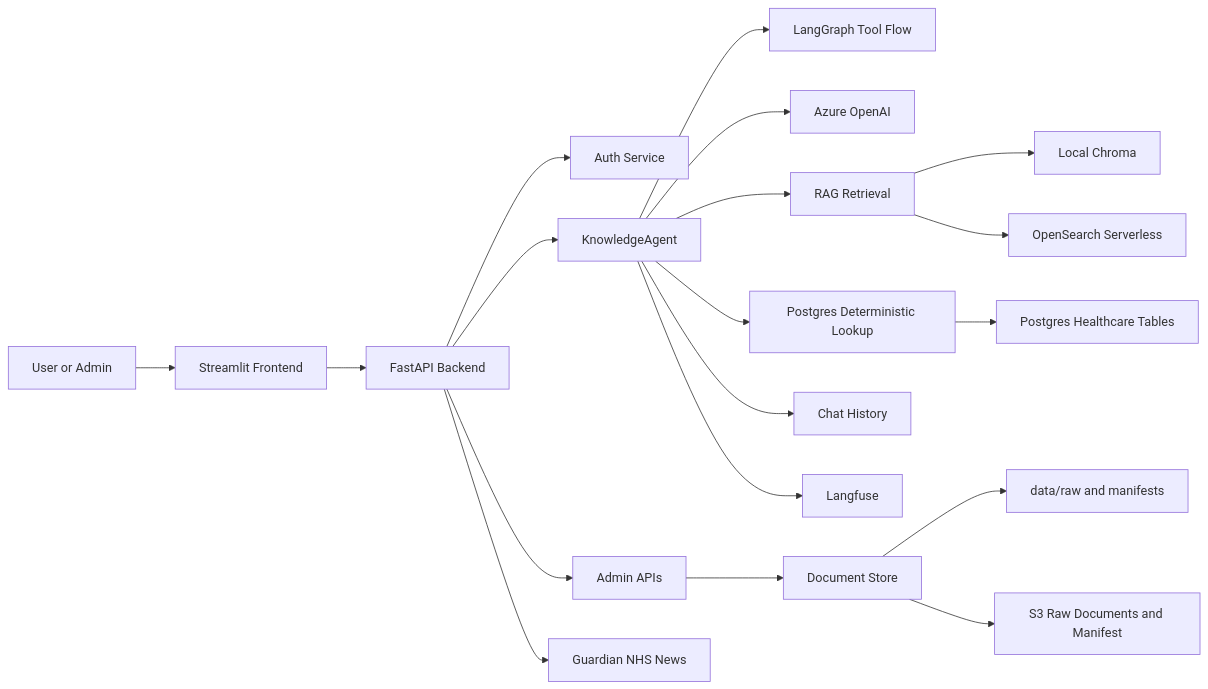
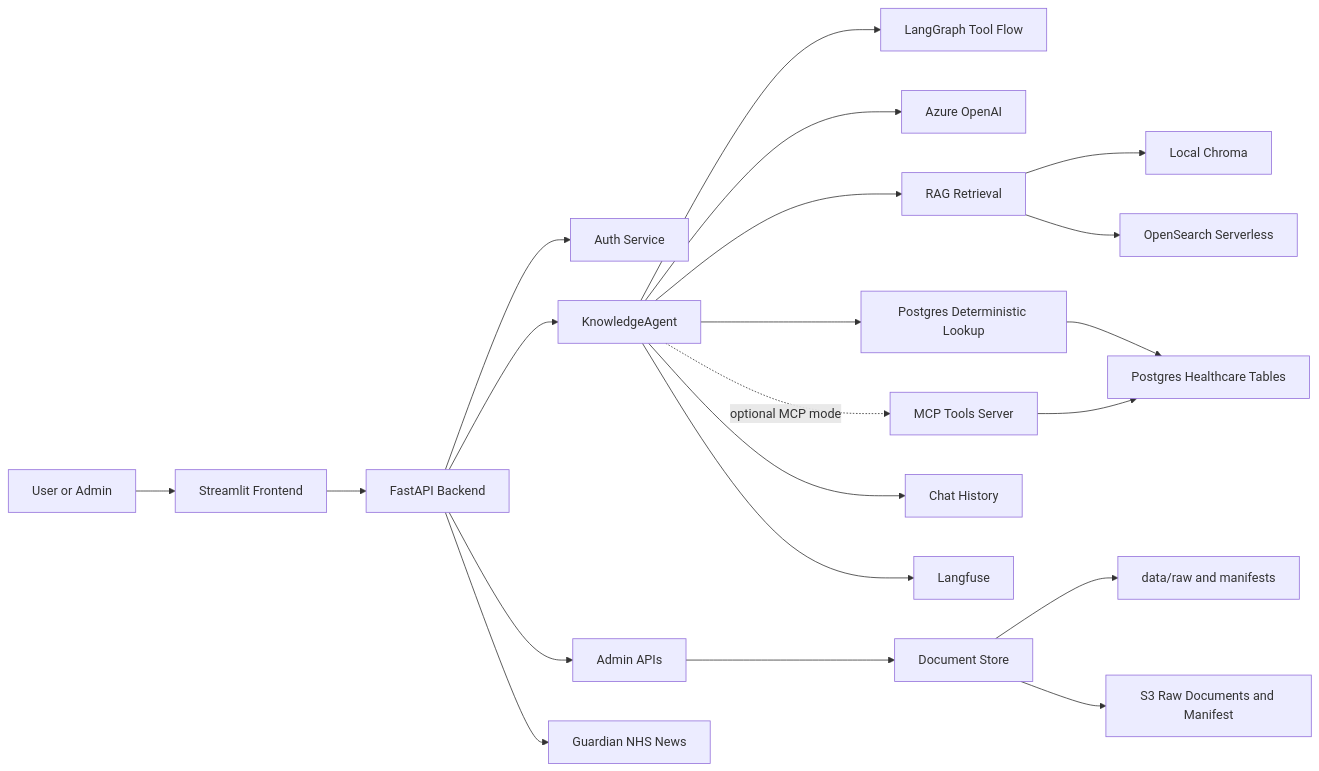
The diagram in README.md (sabin262/dstrmaysam-heakthcare-knowledge-agent-multi-agent), drawn with Mermaid before and after one commit. The commit also changed other lines of this file and 16 other files, not shown here.

````diff
--- a/README.md
+++ b/README.md
@@ -24,24 +25,26 @@
 ```mermaid
 flowchart LR
     User["User or Admin"] --> Frontend["Streamlit Frontend"]
     Frontend --> Backend["FastAPI Backend"]
 
     Backend --> Auth["Auth Service"]
     Backend --> Agent["KnowledgeAgent"]
     Backend --> Admin["Admin APIs"]
     Backend --> News["Guardian NHS News"]
 
     Agent --> LangGraph["LangGraph Tool Flow"]
     Agent --> Azure["Azure OpenAI"]
     Agent --> Retrieval["RAG Retrieval"]
     Agent --> Lookup["Postgres Deterministic Lookup"]
+    Agent -. "optional MCP mode" .-> MCP["MCP Tools Server"]
     Agent --> History["Chat History"]
     Agent --> Langfuse["Langfuse"]
 
     Retrieval --> Chroma["Local Chroma"]
     Retrieval --> OpenSearch["OpenSearch Serverless"]
     Admin --> Store["Document Store"]
     Store --> LocalFiles["data/raw and manifests"]
     Store --> S3["S3 Raw Documents and Manifest"]
     Lookup --> Postgres["Postgres Healthcare Tables"]
+    MCP --> Postgres
 ```
````
